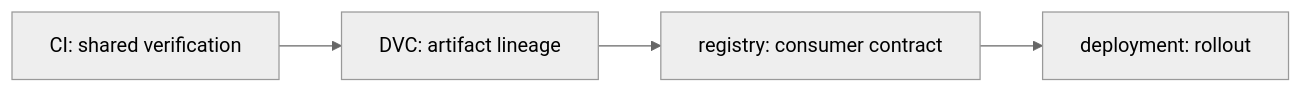
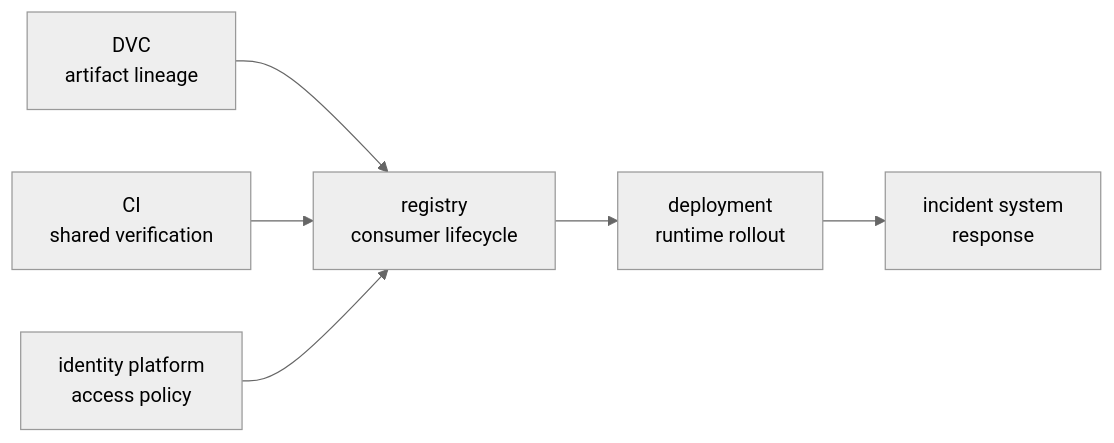
Before and after one commit to bijux/bijux-masterclass: the second of 3 diagrams in programs/reproducible-research/deep-dive-dvc/course-book/module-10-migration-governance-dvc-boundaries/dvc-tool-boundaries-and-system-ownership.md, drawn with Mermaid (neutral theme). The commit also changed other lines of this file, not shown here.

Commit message:
docs(dvc): assign tool ownership by evidence

````diff
--- a/programs/reproducible-research/deep-dive-dvc/course-book/module-10-migration-governance-dvc-boundaries/dvc-tool-boundaries-and-system-ownership.md
+++ b/programs/reproducible-research/deep-dive-dvc/course-book/module-10-migration-governance-dvc-boundaries/dvc-tool-boundaries-and-system-ownership.md
@@ -70,6 +18,8 @@
 ```mermaid
 flowchart LR
-  dvc["DVC: artifact lineage"] --> registry["registry: consumer contract"]
-  registry --> deploy["deployment: rollout"]
-  ci["CI: shared verification"] --> dvc
+  dvc["DVC<br/>artifact lineage"] --> registry["registry<br/>consumer lifecycle"]
+  registry --> deploy["deployment<br/>runtime rollout"]
+  ci["CI<br/>shared verification"] --> registry
+  identity["identity platform<br/>access policy"] --> registry
+  deploy --> incident["incident system<br/>response"]
 ```
````
